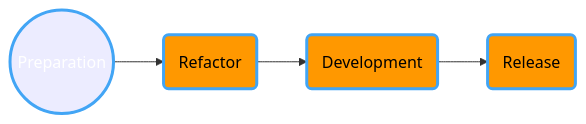
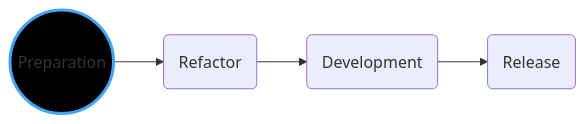
One commit to spectrum-health-systems/tingen-documentation changed the first of 4 diagrams in Development/Workflows/monthly.md. Above: the diagram before and after it, drawn with Mermaid. The commit also changed other lines of this file and 1 other file, not shown here.

````diff
--- a/Development/Workflows/monthly.md
+++ b/Development/Workflows/monthly.md
@@ -13,15 +13,13 @@
 ```mermaid
 flowchart LR
   %% Components
   Preparation@{shape: circle, label: "Preparation"}
   Refactor@{shape: rounded, label: "Refactor"}
   Development@{shape: rounded, label: "Development"}
   Release@{shape: rounded, label: "Release"}
   %% Layout
   Preparation --> Refactor --> Development --> Release
   %% Styles
-  style Preparation color:#FFF,stroke:#42a5f5,stroke-width:3px
-  style Refactor color:#000,fill:#ff9800,stroke:#42a5f5,stroke-width:3px
-  style Development color:#000,fill:#ff9800,stroke:#42a5f5,stroke-width:3px
-  style Release color:#000,fill:#ff9800,stroke:#42a5f5,stroke-width:3px
+  classDef Preparation stroke:#42a5f5,stroke-width:3px,fill:#000000,color:#0FFFFFF
+  class Preparation Preparation
 ```
````
